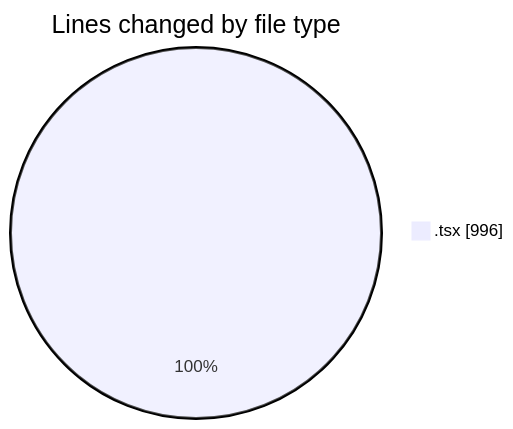
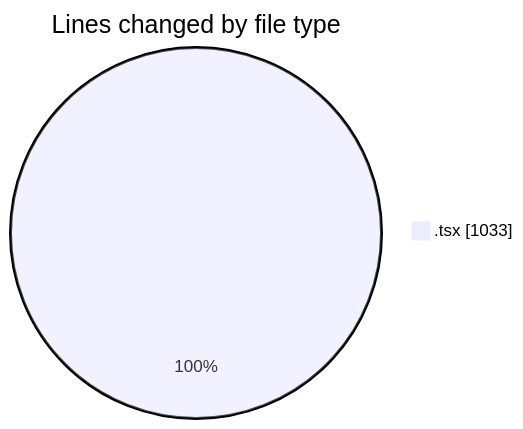
The first of 2 diagrams in 2026-11-11/cda/README.md (momahboobian/code-tracking), drawn with Mermaid before and after one commit. The commit also changed other lines of this file and 1 other file, not shown here.

````diff
--- a/2026-11-11/cda/README.md
+++ b/2026-11-11/cda/README.md
@@ -23,5 +23,5 @@
 ```mermaid
 pie showData
 title Lines changed by file type
-".tsx" : 996
+".tsx" : 1033
 ```
````
